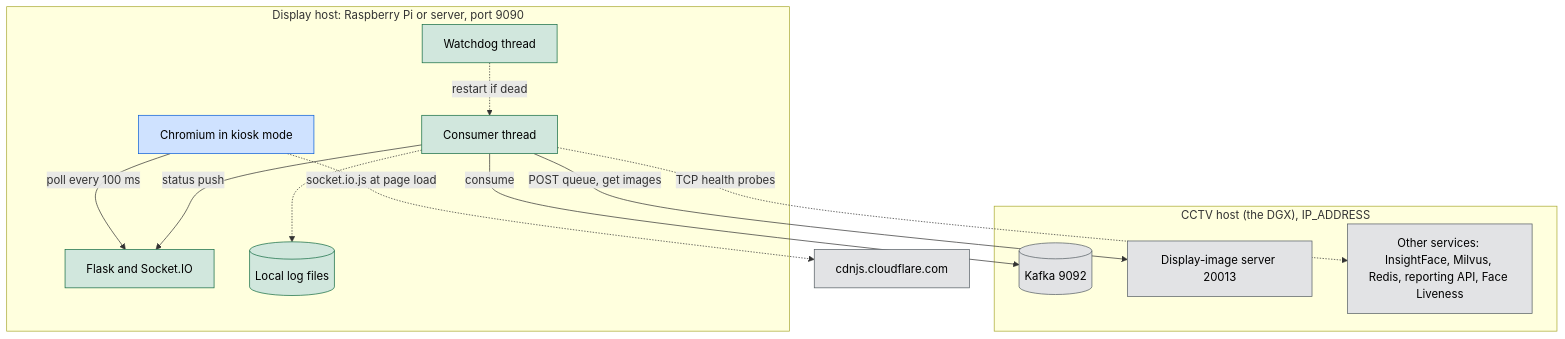
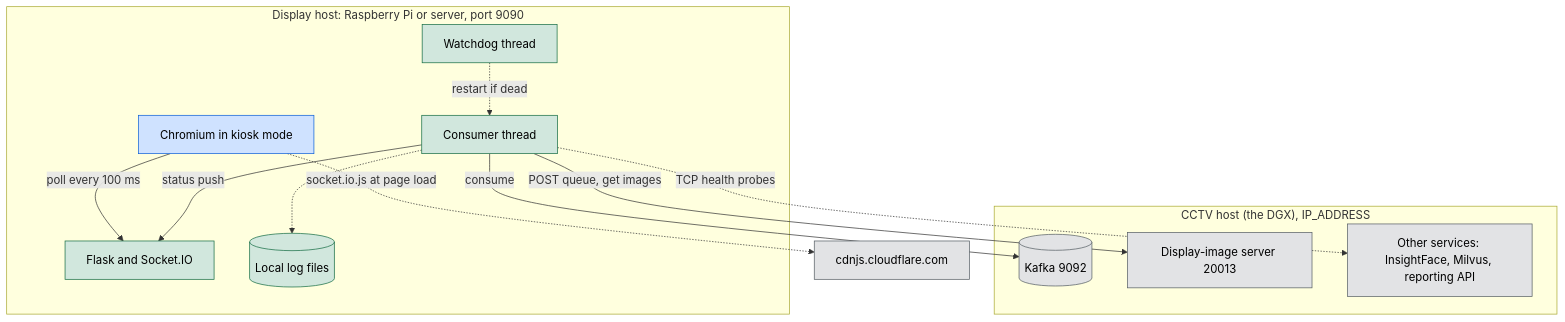
The first of 3 diagrams in docs/ARCHITECTURE.md (hamza-aziz-ai/Kafka-WebApp), drawn with Mermaid before and after one commit. The commit also changed other lines of this file and 8 other files, not shown here.

Commit message:
fix: drop Redis and liveness ports from the default health checks

````diff
--- a/docs/ARCHITECTURE.md
+++ b/docs/ARCHITECTURE.md
@@ -37,29 +37,29 @@
 ```mermaid
 flowchart TD
     subgraph display["`Display host: Raspberry Pi or server, port 9090`"]
         K["`Chromium in kiosk mode`"]:::person
         W["`Flask and Socket.IO`"]:::code
         C["`Consumer thread`"]:::code
         D["`Watchdog thread`"]:::code
         L[("`Local log files`")]:::code
     end
     subgraph dgx["`CCTV host (the DGX), IP_ADDRESS`"]
         Q[("`Kafka 9092`")]:::outside
         I["`Display-image server 20013`"]:::outside
-        S["`Other services: InsightFace, Milvus, Redis, reporting API, Face Liveness`"]:::outside
+        S["`Other services: InsightFace, Milvus, reporting API`"]:::outside
     end
     N["`cdnjs.cloudflare.com`"]:::outside
 
     K -->|"poll every 100 ms"| W
     K -.->|"socket.io.js at page load"| N
     C -->|"status push"| W
     C -->|"consume"| Q
     C -->|"POST queue, get images"| I
     C -.->|"TCP health probes"| S
     C -.-> L
     D -.->|"restart if dead"| C
 
     classDef person fill:#cfe2ff,stroke:#0b5ed7,color:#000
     classDef code fill:#d1e7dd,stroke:#146c43,color:#000
     classDef outside fill:#e2e3e5,stroke:#565e64,color:#000
 ```
````
